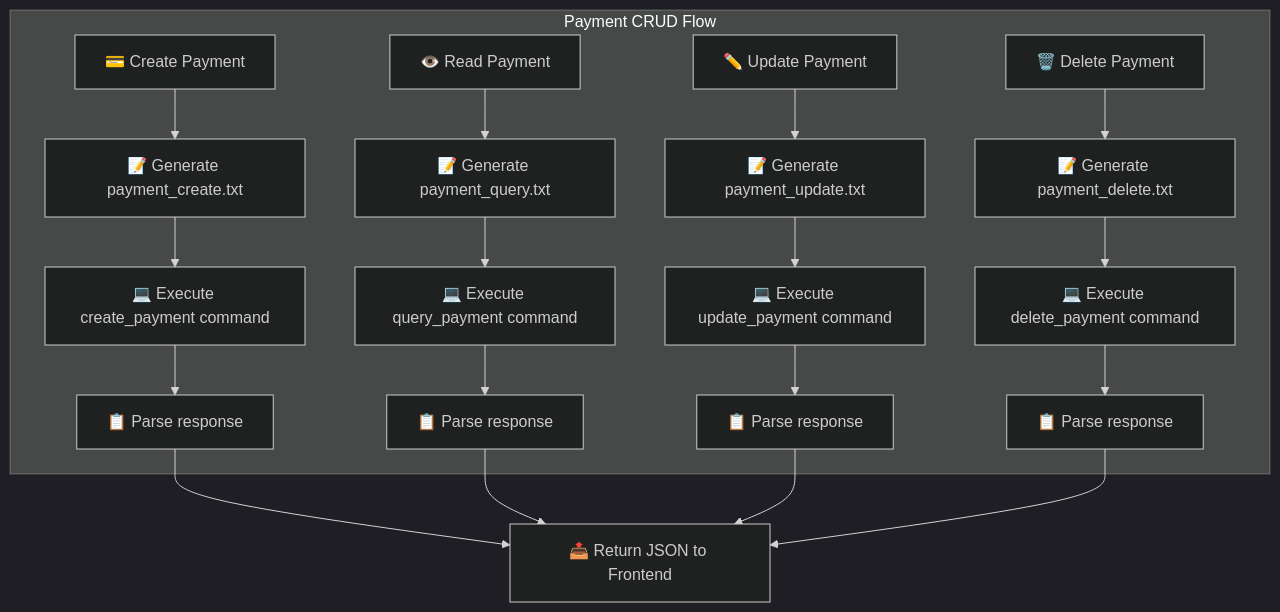
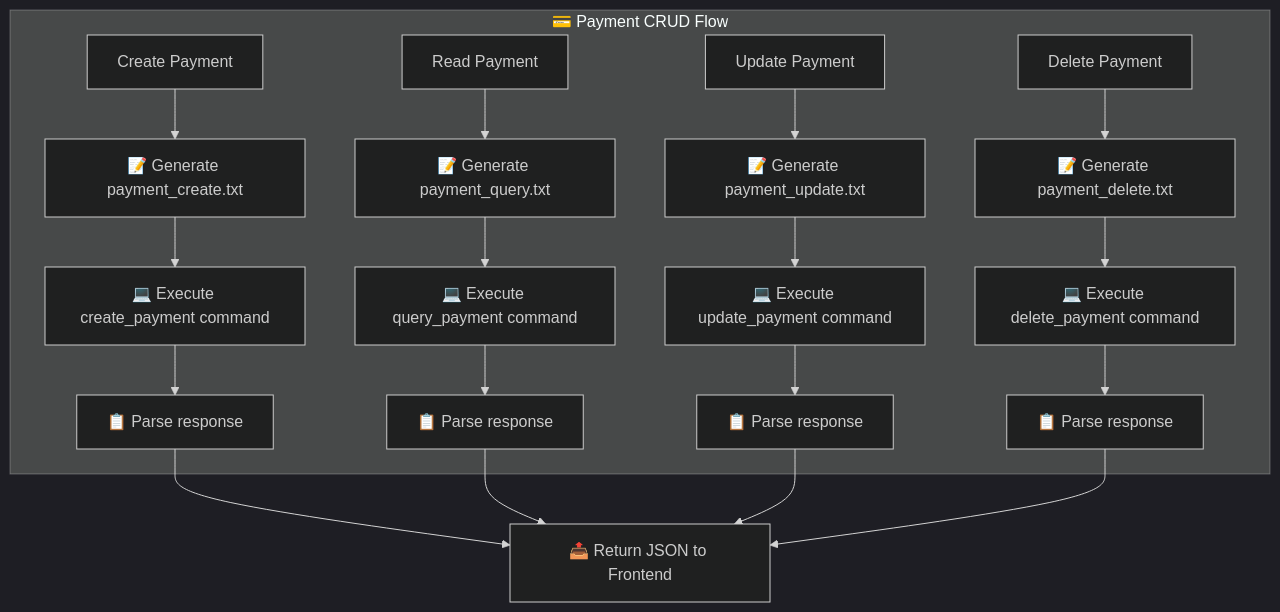
The third of 5 diagrams in diagramas/flujo-pxplus.md (miguelfiguera/Propuesta-web-mariano), drawn with Mermaid (dark theme) before and after one commit. The commit also changed other lines of this file and 3 other files, not shown here.

First line of the commit message:
Consolidate documentation and finalize Mermaid diagrams

````diff
--- a/diagramas/flujo-pxplus.md
+++ b/diagramas/flujo-pxplus.md
@@ -63,25 +63,25 @@
 ```mermaid
 flowchart TD
-    subgraph "Payment CRUD Flow"
-        CreatePayment[💳 Create Payment] --> GenPaymentFile[📝 Generate payment_create.txt]
+    subgraph PaymentCRUD["💳 Payment CRUD Flow"]
+        CreatePayment[Create Payment] --> GenPaymentFile[📝 Generate payment_create.txt]
         GenPaymentFile --> ExecCreateCmd[💻 Execute create_payment command]
         ExecCreateCmd --> ParseCreateResp[📋 Parse response]
         
-        ReadPayment[👁️ Read Payment] --> GenQueryFile[📝 Generate payment_query.txt]
+        ReadPayment[Read Payment] --> GenQueryFile[📝 Generate payment_query.txt]
         GenQueryFile --> ExecQueryCmd[💻 Execute query_payment command]
         ExecQueryCmd --> ParseQueryResp[📋 Parse response]
         
-        UpdatePayment[✏️ Update Payment] --> GenUpdateFile[📝 Generate payment_update.txt]
+        UpdatePayment[Update Payment] --> GenUpdateFile[📝 Generate payment_update.txt]
         GenUpdateFile --> ExecUpdateCmd[💻 Execute update_payment command]
         ExecUpdateCmd --> ParseUpdateResp[📋 Parse response]
         
-        DeletePayment[🗑️ Delete Payment] --> GenDeleteFile[📝 Generate payment_delete.txt]
+        DeletePayment[Delete Payment] --> GenDeleteFile[📝 Generate payment_delete.txt]
         GenDeleteFile --> ExecDeleteCmd[💻 Execute delete_payment command]
         ExecDeleteCmd --> ParseDeleteResp[📋 Parse response]
     end
     
     ParseCreateResp --> ReturnJSON[📤 Return JSON to Frontend]
     ParseQueryResp --> ReturnJSON
     ParseUpdateResp --> ReturnJSON
     ParseDeleteResp --> ReturnJSON
 ```
````
